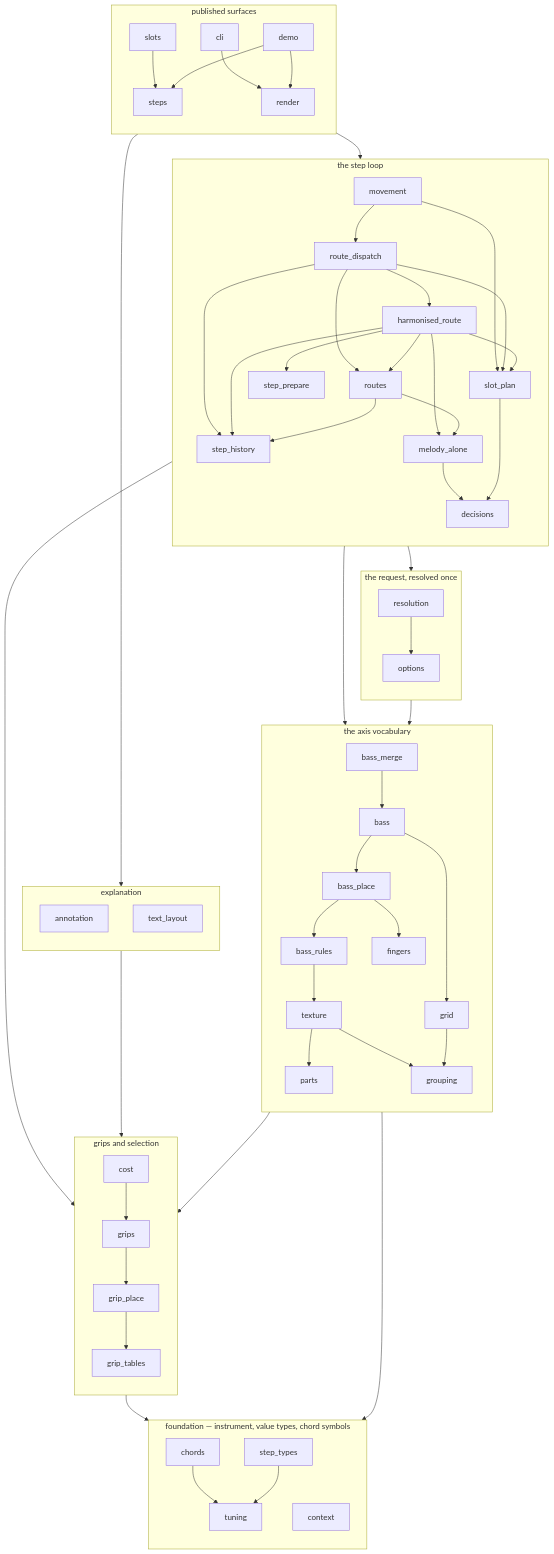
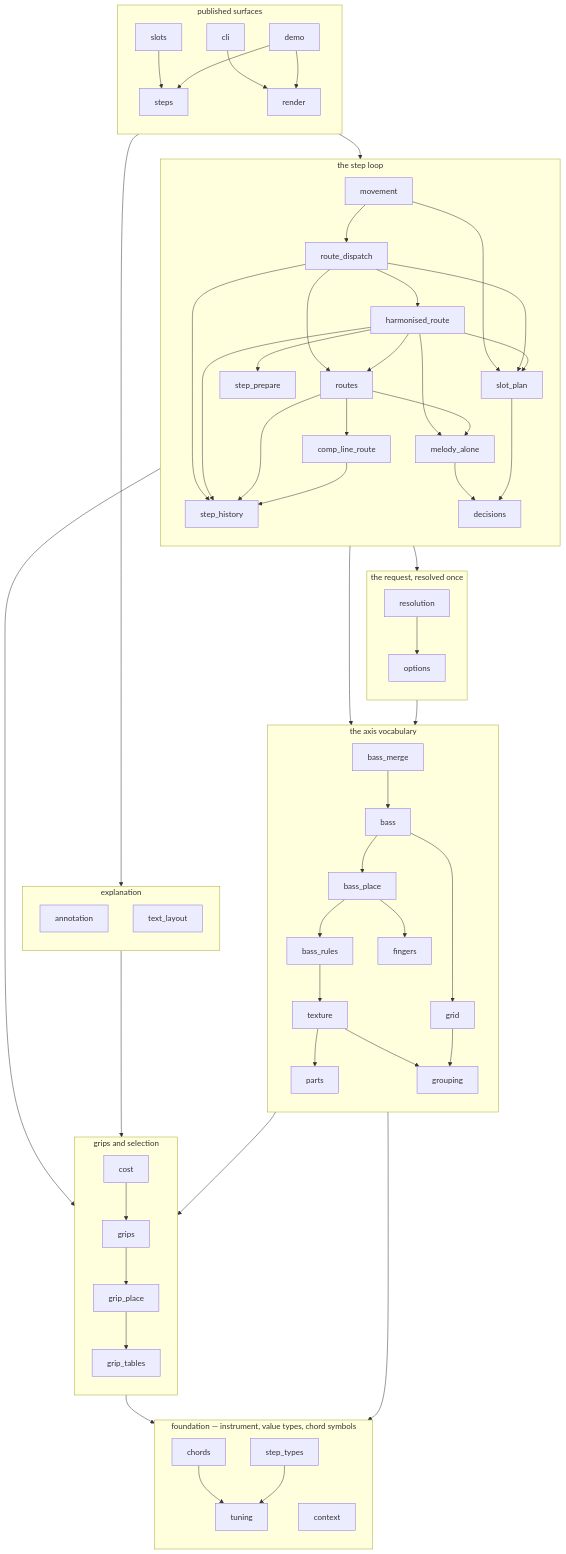
Before and after one commit to jcundill/arranger: the first of 2 diagrams in docs/dependency-dag.md, drawn with Mermaid. The commit also changed other lines of this file and 7 other files, not shown here.

First line of the commit message:
comp line: extract the route adapter into comp_line_route

```diff
--- a/docs/dependency-dag.md
+++ b/docs/dependency-dag.md
@@ -50,6 +50,7 @@
         slot_plan["slot_plan"]
         melody_alone["melody_alone"]
         step_history["step_history"]
+        comp_line_route["comp_line_route"]
         decisions["decisions"]
         movement --> route_dispatch
         movement --> slot_plan
@@ -62,8 +63,10 @@
         harmonised_route --> slot_plan
         harmonised_route --> melody_alone
         harmonised_route --> step_history
+        routes --> comp_line_route
         routes --> melody_alone
         routes --> step_history
+        comp_line_route --> step_history
         melody_alone --> decisions
         slot_plan --> decisions
     end
```
